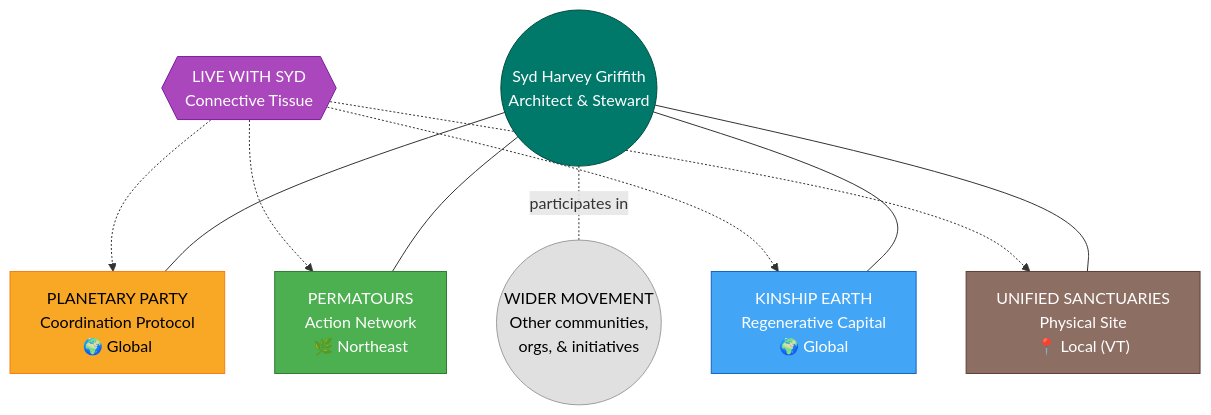
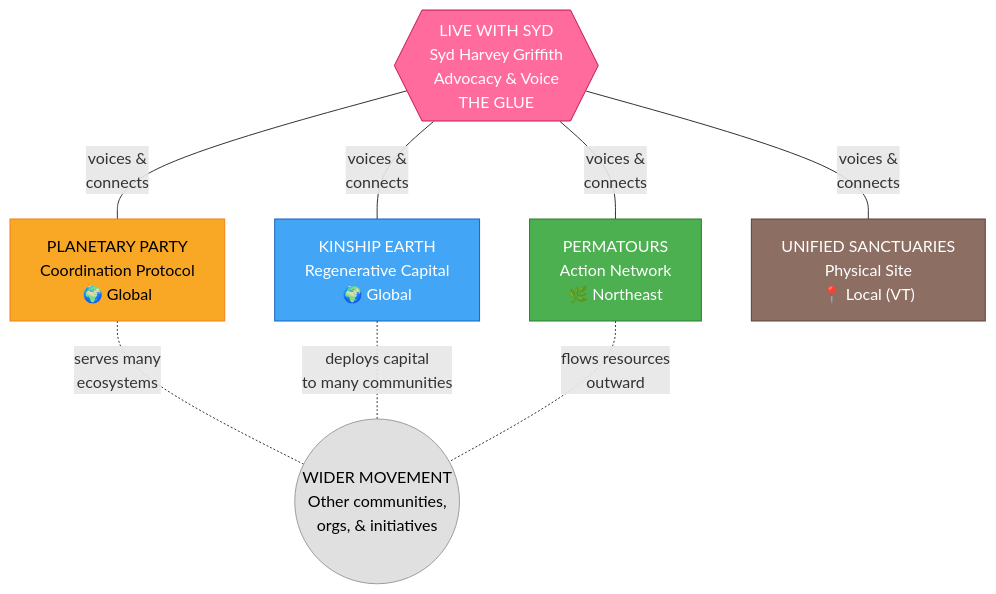
The first of 14 diagrams in ecosystem-map.md (Light-Brands/sydney), drawn with Mermaid before and after one commit. The commit also changed other lines of this file and 1 other file, not shown here.

First line of the commit message:
Position Live with Syd as central advocacy platform and ecosystem glue

````diff
--- a/ecosystem-map.md
+++ b/ecosystem-map.md
@@ -17,22 +17,20 @@
 ```mermaid
 graph TD
-    SYD(("Syd Harvey Griffith\nArchitect & Steward"))
+    LWS{{"LIVE WITH SYD<br/>Syd Harvey Griffith<br/>Advocacy & Voice<br/>THE GLUE"}}
 
-    SYD --- PP["PLANETARY PARTY\nCoordination Protocol\n🌍 Global"]
-    SYD --- KE["KINSHIP EARTH\nRegenerative Capital\n🌍 Global"]
-    SYD --- PT["PERMATOURS\nAction Network\n🌿 Northeast"]
-    SYD --- US["UNIFIED SANCTUARIES\nPhysical Site\n📍 Local (VT)"]
+    LWS ---|"voices &<br/>connects"| PP["PLANETARY PARTY<br/>Coordination Protocol<br/>🌍 Global"]
+    LWS ---|"voices &<br/>connects"| KE["KINSHIP EARTH<br/>Regenerative Capital<br/>🌍 Global"]
+    LWS ---|"voices &<br/>connects"| PT["PERMATOURS<br/>Action Network<br/>🌿 Northeast"]
+    LWS ---|"voices &<br/>connects"| US["UNIFIED SANCTUARIES<br/>Physical Site<br/>📍 Local (VT)"]
 
-    LWS{{"LIVE WITH SYD\nConnective Tissue"}}
-    LWS -.-> PP & PT & US & KE
+    PP -.-|"serves many<br/>ecosystems"| WIDER(("WIDER MOVEMENT<br/>Other communities,<br/>orgs, & initiatives"))
+    KE -.-|"deploys capital<br/>to many communities"| WIDER
+    PT -.-|"flows resources<br/>outward"| WIDER
 
-    SYD -.-|"participates in"| WIDER(("WIDER MOVEMENT\nOther communities,\norgs, & initiatives"))
-
-    style SYD fill:#00796B,stroke:#004D40,color:#fff
+    style LWS fill:#FF6B9D,stroke:#C2185B,color:#fff
     style PP fill:#F9A825,stroke:#F57F17,color:#000
     style PT fill:#4CAF50,stroke:#2E7D32,color:#fff
     style US fill:#8D6E63,stroke:#5D4037,color:#fff
     style KE fill:#42A5F5,stroke:#1565C0,color:#fff
-    style LWS fill:#AB47BC,stroke:#7B1FA2,color:#fff
     style WIDER fill:#E0E0E0,stroke:#9E9E9E,color:#000
 ```
````
